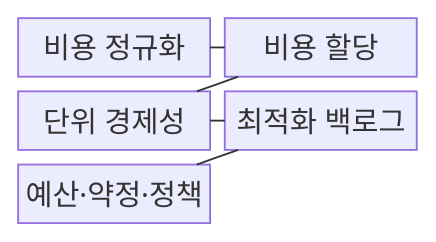
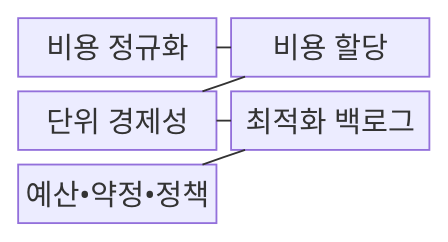
The first of 2 diagrams in src/content/docs/notes/03-software/147_finops.md (agnusdei1207/knowledge-base), drawn with Mermaid before and after one commit. The commit also changed other lines of this file and 953 other files, not shown here.

````diff
--- a/src/content/docs/notes/03-software/147_finops.md
+++ b/src/content/docs/notes/03-software/147_finops.md
@@ -68,13 +68,13 @@
 ```mermaid
 block
     columns 2
     N["비용 정규화"]
     A["비용 할당"]
     U["단위 경제성"]
     B["최적화 백로그"]
-    P["예산·약정·정책"]
+    P["예산•약정•정책"]
     N --- A
     A --- U
     U --- B
     B --- P
 ```
````
